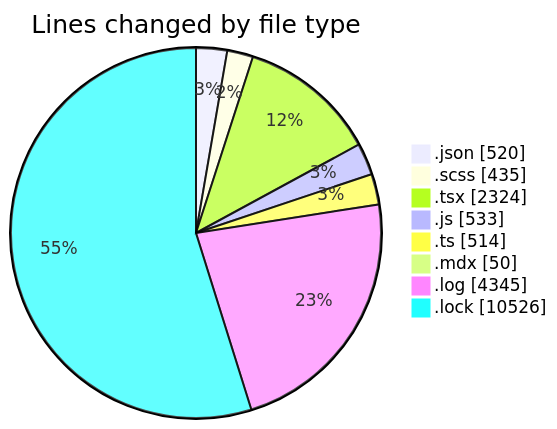
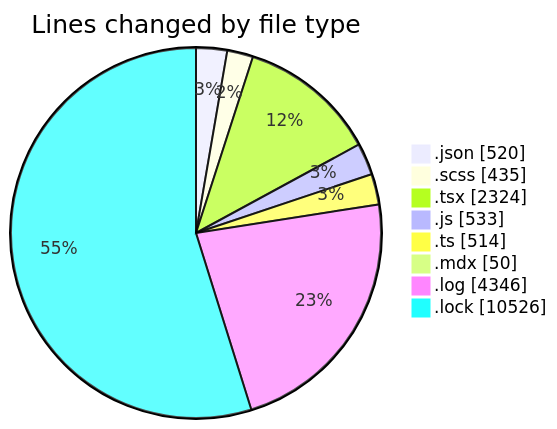
Before and after one commit to momahboobian/code-tracking: the first of 2 diagrams in 2026-04-20/cda/README.md, drawn with Mermaid. The commit also changed other lines of this file and 1 other file, not shown here.

````diff
--- a/2026-04-20/cda/README.md
+++ b/2026-04-20/cda/README.md
@@ -41,12 +41,12 @@
 ```mermaid
 pie showData
 title Lines changed by file type
 ".json" : 520
 ".scss" : 435
 ".tsx" : 2324
 ".js" : 533
 ".ts" : 514
 ".mdx" : 50
-".log" : 4345
+".log" : 4346
 ".lock" : 10526
 ```
````
